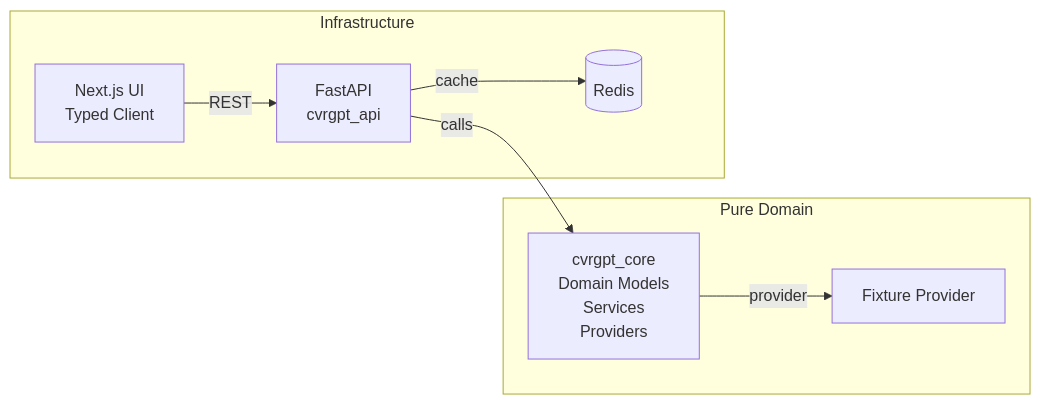
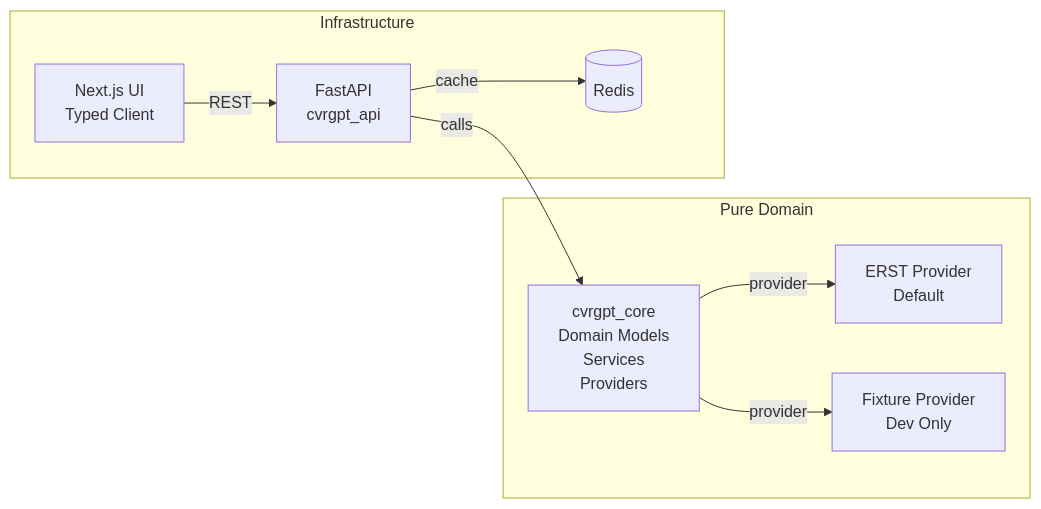
Before and after one commit to asgerof/cvrgpt_v2: the diagram in README.md, drawn with Mermaid. The commit also changed other lines of this file and 10 other files, not shown here.

First line of the commit message:
feat(erst): make ERST default provider; add provider healthcheck; update docs

````diff
--- a/README.md
+++ b/README.md
@@ -61,18 +102,20 @@
 ```mermaid
 flowchart LR
   UI[Next.js UI<br/>Typed Client] -- REST --> API[FastAPI<br/>cvrgpt_api]
   API -- calls --> CORE[cvrgpt_core<br/>Domain Models<br/>Services<br/>Providers]
   API -- cache --> Redis[(Redis)]
-  CORE -- provider --> Fixture[Fixture Provider]
+  CORE -- provider --> ERST[ERST Provider<br/>Default]
+  CORE -- provider --> Fixture[Fixture Provider<br/>Dev Only]
 
   subgraph "Pure Domain"
     CORE
+    ERST
     Fixture
   end
 
   subgraph "Infrastructure"
     API
     Redis
     UI
   end
 ```
````
